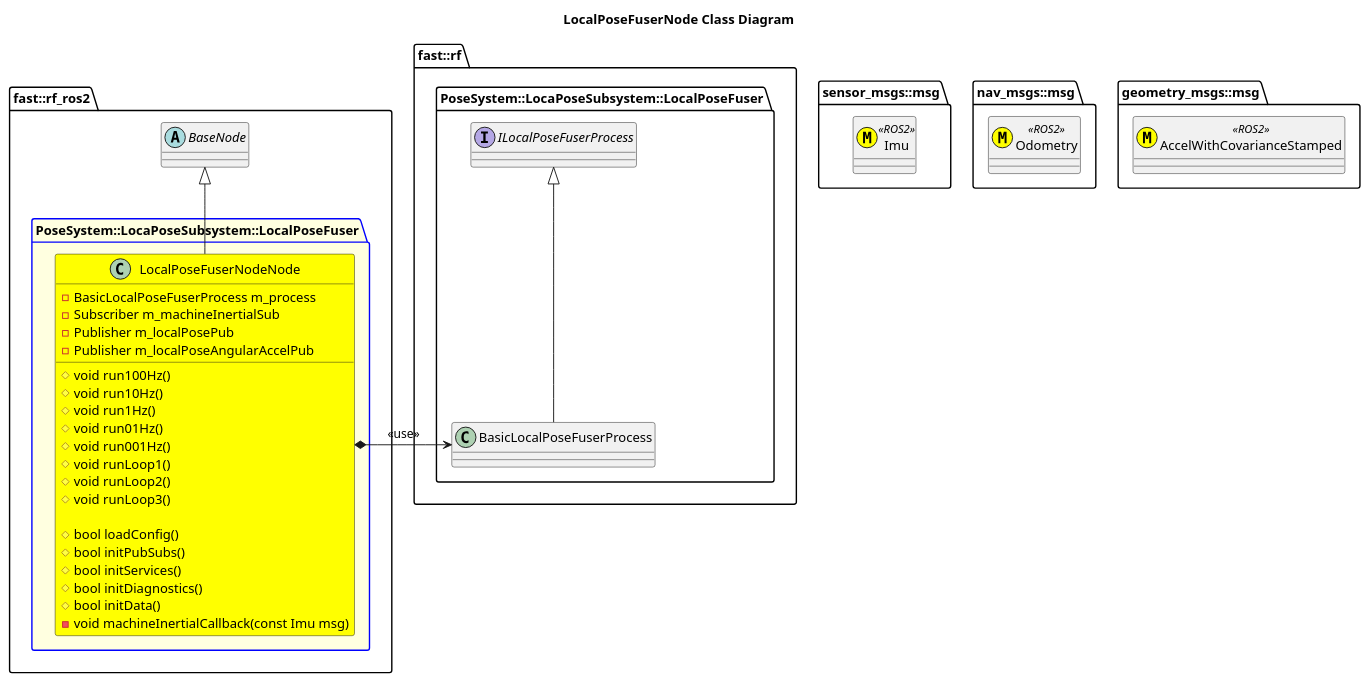
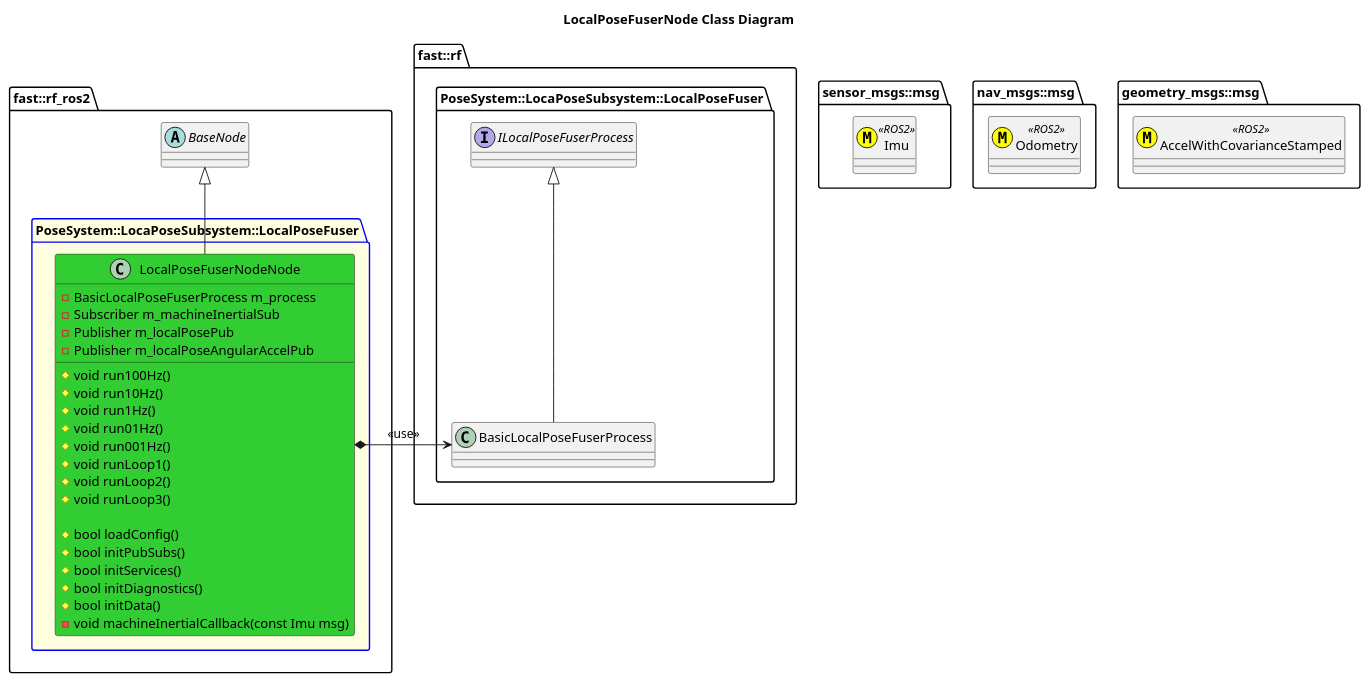
One commit to fastrobotics/robot_framework_ros2 changed the diagram in Systems/Pose/Subsystems/LocalPose/Nodes/LocalPoseFuserNode/doc/puml/LocalPoseFuserNodeClassDiagram.puml. Above: the diagram before and after it, drawn with PlantUML. The commit also changed 11 other files, not shown here.

```diff
--- a/Systems/Pose/Subsystems/LocalPose/Nodes/LocalPoseFuserNode/doc/puml/LocalPoseFuserNodeClassDiagram.puml
+++ b/Systems/Pose/Subsystems/LocalPose/Nodes/LocalPoseFuserNode/doc/puml/LocalPoseFuserNodeClassDiagram.puml
@@ -2,52 +2,52 @@
 @startuml
 title LocalPoseFuserNode Class Diagram
 namespace sensor_msgs::msg {
     class Imu <<(M,#FFFF00)>> <<ROS2>>
 }
 namespace nav_msgs::msg {
     class Odometry <<(M,#FFFF00)>> <<ROS2>>
 }
 namespace geometry_msgs::msg {
     class AccelWithCovarianceStamped <<(M,#FFFF00)>> <<ROS2>>
 }
 namespace fast::rf {
     namespace PoseSystem::LocaPoseSubsystem::LocalPoseFuser {
         interface ILocalPoseFuserProcess
         class BasicLocalPoseFuserProcess
         BasicLocalPoseFuserProcess -up-|> ILocalPoseFuserProcess
     }
 }
 namespace fast::rf_ros2 { 
     abstract BaseNode {
 
     }
     package PoseSystem::LocaPoseSubsystem::LocalPoseFuser #LightYellow;line:blue  {
-        class LocalPoseFuserNodeNode #Yellow {
+        class LocalPoseFuserNodeNode #LimeGreen {
             #void run100Hz()
             #void run10Hz()
             #void run1Hz()
             #void run01Hz()
             #void run001Hz()
             #void runLoop1()
             #void runLoop2()
             #void runLoop3()
 
             #bool loadConfig()
             #bool initPubSubs()
             #bool initServices()
             #bool initDiagnostics()
             #bool initData()
             -void machineInertialCallback(const Imu msg)
             -BasicLocalPoseFuserProcess m_process
             -Subscriber m_machineInertialSub
             -Publisher m_localPosePub
             -Publisher m_localPoseAngularAccelPub
         }
         LocalPoseFuserNodeNode -up-|> BaseNode
         LocalPoseFuserNodeNode *-right-> BasicLocalPoseFuserProcess: <<use>>
         
     }
 
 }
 
 @enduml
```
